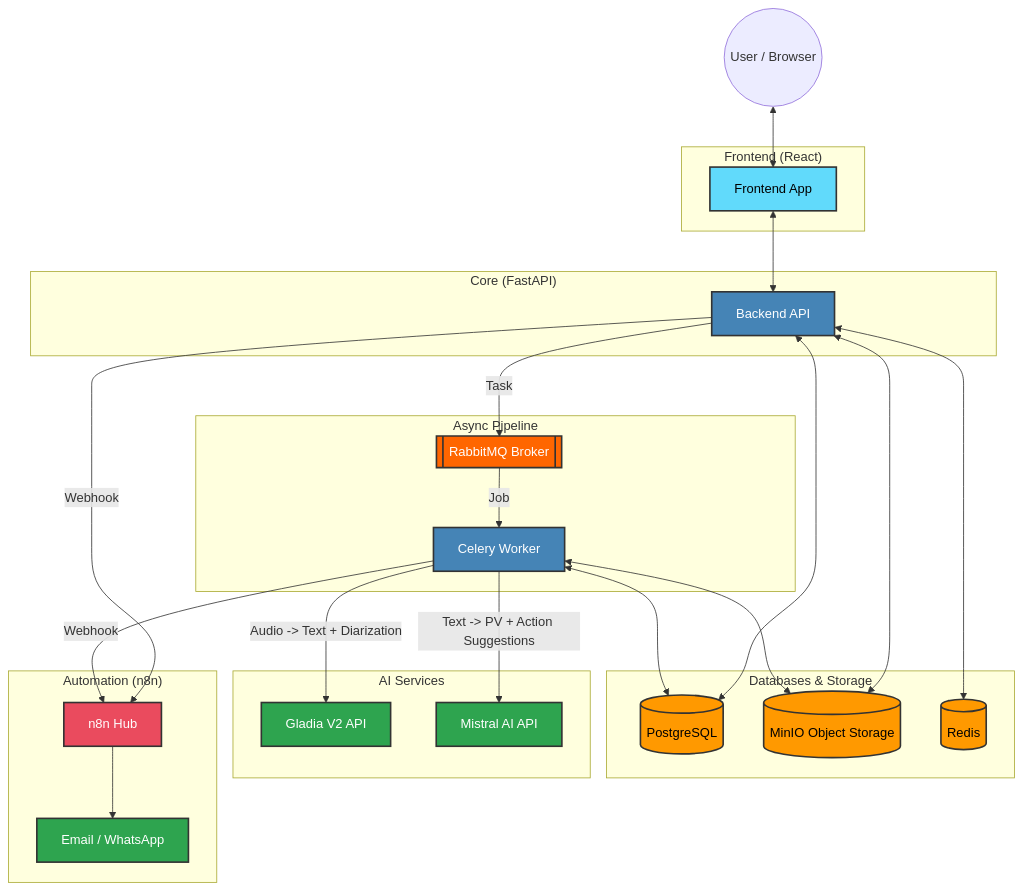
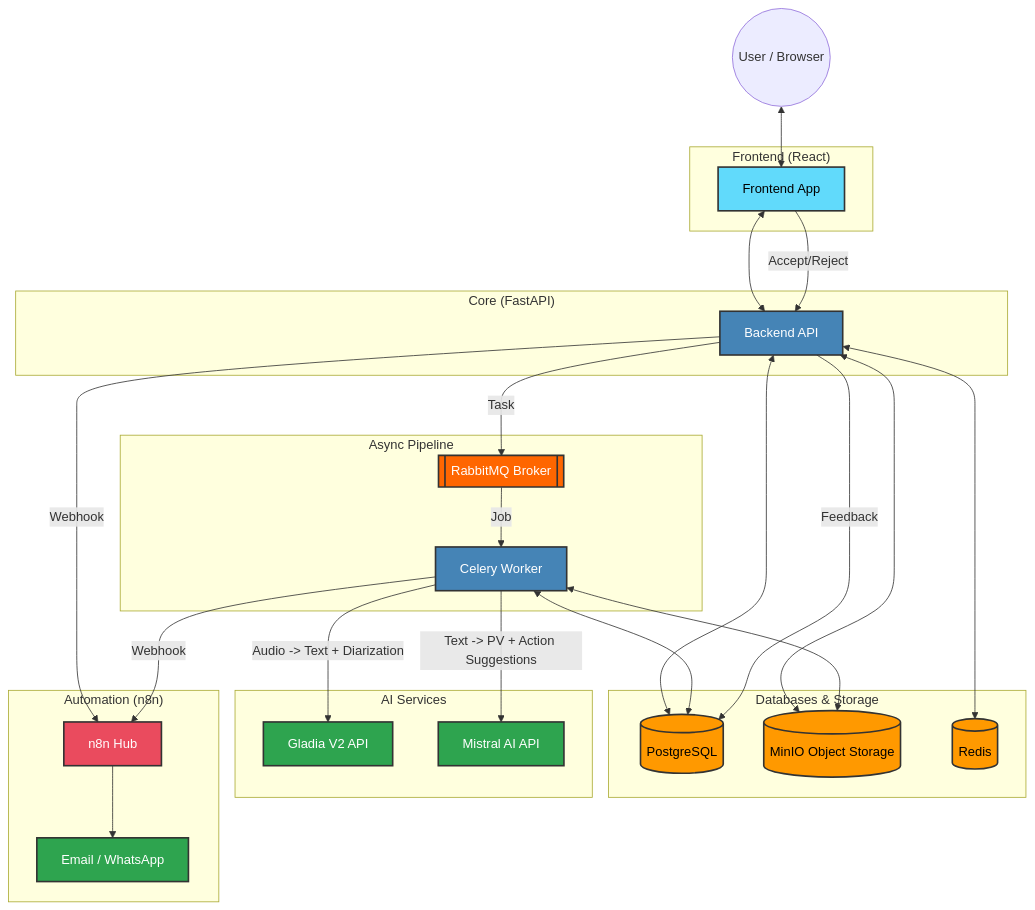
One commit to abatn/meeting-automation changed the diagram in docs/ARCHITECTURE.md. Above: the diagram before and after it, drawn with Mermaid. The commit also changed other lines of this file and 2 other files, not shown here.

Commit message:
docs: update system architecture and schema to include ML feedback loop

````diff
--- a/docs/ARCHITECTURE.md
+++ b/docs/ARCHITECTURE.md
@@ -17,63 +17,65 @@
 ```mermaid
 graph TD
     %% Styling Definitions
     classDef frontend fill:#61dafb,stroke:#333,stroke-width:2px,color:#000
     classDef backend fill:#4584b6,stroke:#333,stroke-width:2px,color:#fff
     classDef storage fill:#ff9900,stroke:#333,stroke-width:2px,color:#000
     classDef queue fill:#ff6600,stroke:#333,stroke-width:2px,color:#fff
     classDef external fill:#2ea44f,stroke:#333,stroke-width:2px,color:#fff
     classDef n8n fill:#ea4b5e,stroke:#333,stroke-width:2px,color:#fff
 
     %% Components
     User((User / Browser))
     
     subgraph "Frontend (React)"
         UI[Frontend App]:::frontend
     end
 
     subgraph "Core (FastAPI)"
         API[Backend API]:::backend
     end
 
     subgraph "Databases & Storage"
         DB[(PostgreSQL)]:::storage
         S3[(MinIO Object Storage)]:::storage
         Cache[(Redis)]:::storage
     end
 
     subgraph "Async Pipeline"
         Broker[[RabbitMQ Broker]]:::queue
         Worker[Celery Worker]:::backend
     end
 
     subgraph "AI Services"
         Gladia[Gladia V2 API]:::external
         Mistral[Mistral AI API]:::external
     end
 
     subgraph "Automation (n8n)"
         N8N[n8n Hub]:::n8n
         Email[Email / WhatsApp]:::external
     end
 
     %% Connections
     User <--> UI
     UI <--> API
     
     API <--> DB
     API <--> S3
     API <--> Cache
     
     API -- "Task" --> Broker
     Broker -- "Job" --> Worker
     
     Worker <--> S3
     Worker <--> DB
     
     Worker -- "Audio -> Text + Diarization" --> Gladia
     Worker -- "Text -> PV + Action Suggestions" --> Mistral
+    UI -- "Accept/Reject" --> API
+    API -- "Feedback" --> DB
     
     API -- "Webhook" --> N8N
     Worker -- "Webhook" --> N8N
     N8N --> Email
 ```
````
